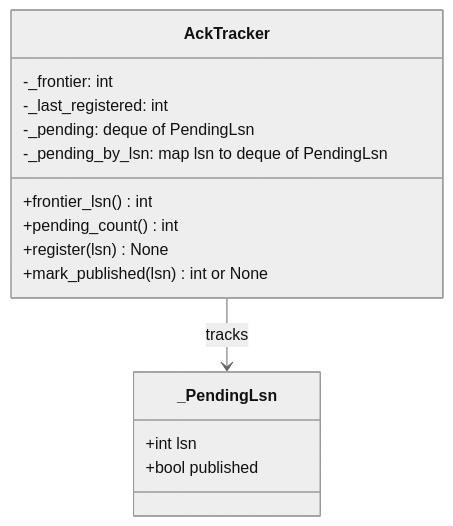
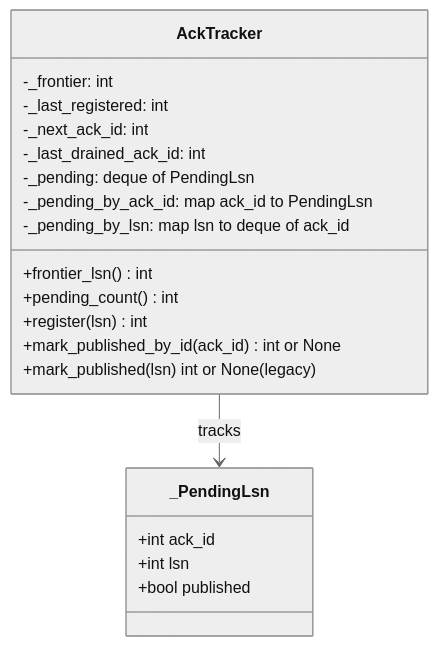
Before and after one commit to giuliano-altobelli/data-platform: the second of 3 diagrams in docs/streaming/cdc-ack-tracker-line-by-line.md, drawn with Mermaid (neutral theme). The commit also changed other lines of this file and 8 other files, not shown here.

Commit message:
add ack_id for Duplicate LSN Handling

````diff
--- a/docs/streaming/cdc-ack-tracker-line-by-line.md
+++ b/docs/streaming/cdc-ack-tracker-line-by-line.md
@@ -110,20 +162,25 @@
 ```mermaid
 classDiagram
   class _PendingLsn {
+    +int ack_id
     +int lsn
     +bool published
   }
 
   class AckTracker {
     -_frontier: int
     -_last_registered: int
+    -_next_ack_id: int
+    -_last_drained_ack_id: int
     -_pending: deque of PendingLsn
-    -_pending_by_lsn: map lsn to deque of PendingLsn
+    -_pending_by_ack_id: map ack_id to PendingLsn
+    -_pending_by_lsn: map lsn to deque of ack_id
     +frontier_lsn() int
     +pending_count() int
-    +register(lsn) None
-    +mark_published(lsn) int or None
+    +register(lsn) int
+    +mark_published_by_id(ack_id) int or None
+    +mark_published(lsn) int or None (legacy)
   }
 
   AckTracker --> _PendingLsn : tracks
 ```
````
